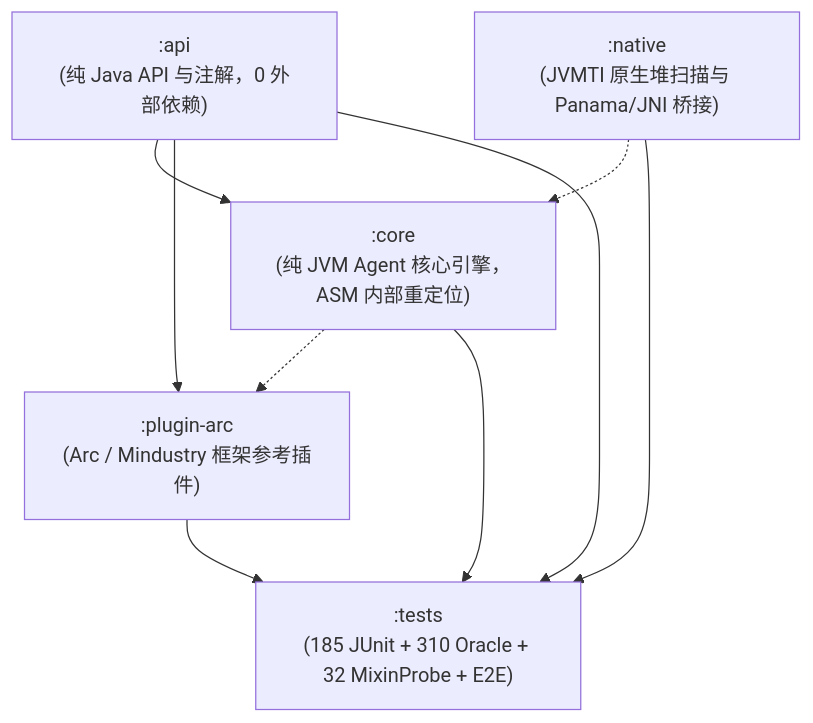
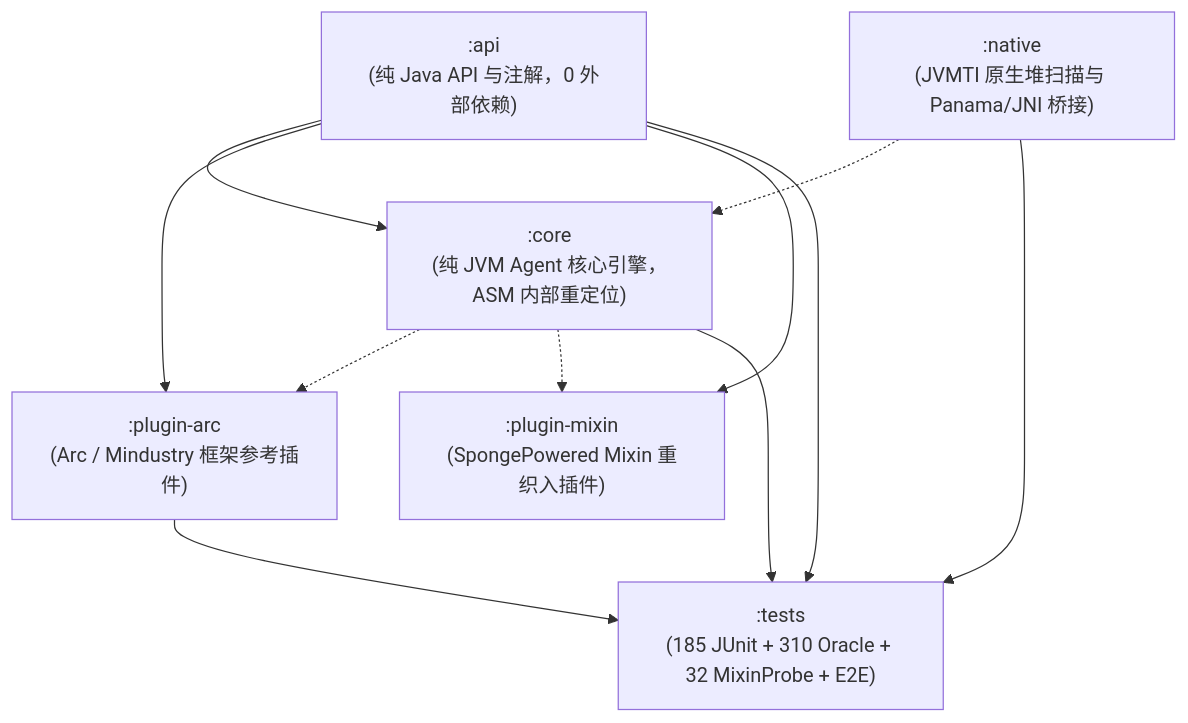
One commit to I-hope1/Remold changed the diagram in README.md. Above: the diagram before and after it, drawn with Mermaid. The commit also changed other lines of this file and 20 other files, not shown here.

````diff
--- a/README.md
+++ b/README.md
@@ -262,17 +262,20 @@
 ```mermaid
 flowchart TD
     API[":api<br/>(纯 Java API 与注解，0 外部依赖)"]
     CORE[":core<br/>(纯 JVM Agent 核心引擎，ASM 内部重定位)"]
     NATIVE[":native<br/>(JVMTI 原生堆扫描与 Panama/JNI 桥接)"]
     PLUGIN_ARC[":plugin-arc<br/>(Arc / Mindustry 框架参考插件)"]
+    PLUGIN_MIXIN[":plugin-mixin<br/>(SpongePowered Mixin 重织入插件)"]
     TESTS[":tests<br/>(185 JUnit + 310 Oracle + 32 MixinProbe + E2E)"]
 
     API --> CORE
     NATIVE -.-> CORE
     API --> PLUGIN_ARC
+    API --> PLUGIN_MIXIN
     CORE -.-> PLUGIN_ARC
+    CORE -.-> PLUGIN_MIXIN
     CORE --> TESTS
     API --> TESTS
     NATIVE --> TESTS
     PLUGIN_ARC --> TESTS
 ```
````
